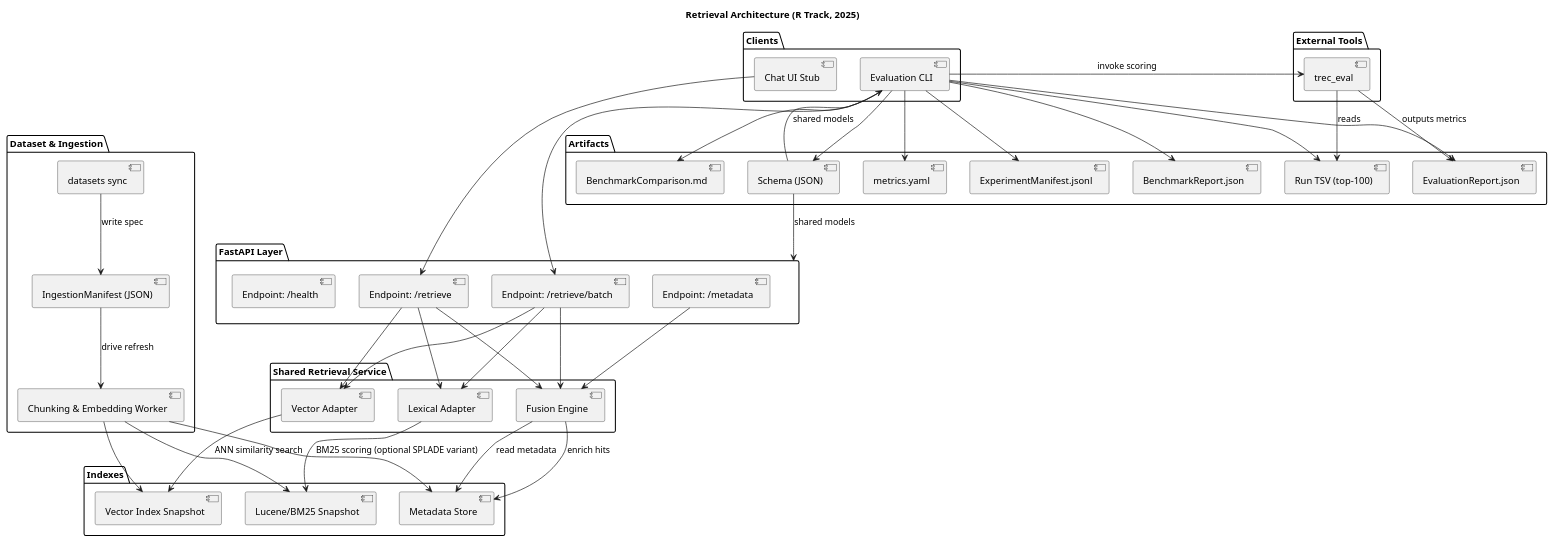
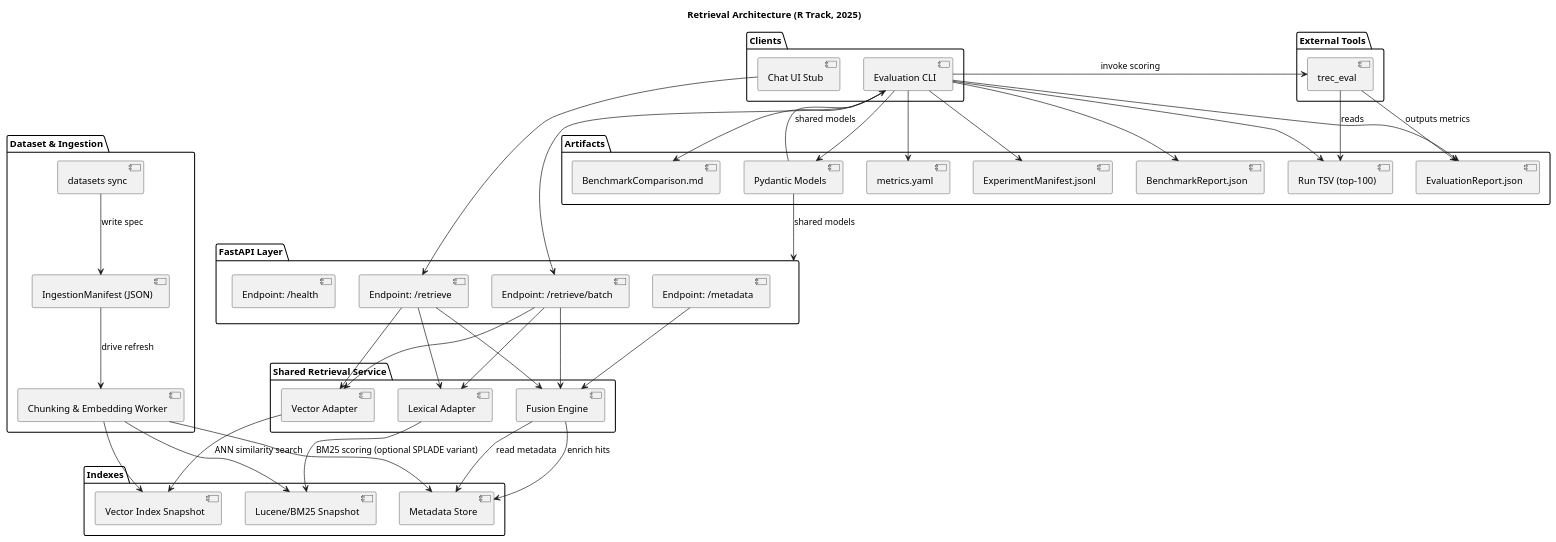
One commit to LukasStrickler/RAG-with-LLMs-TREC-2025-Information-Retrieval changed the diagram in .docs/uml/components.puml. Above: the diagram before and after it, drawn with PlantUML. The commit also changed 1 other file, not shown here.

Commit message:
feat(architecture): Remove schema directory and enhance Pydantic model documentation
Consolidate data type definitions in shared/ directory and improve
documentation of Pydantic models. Highlight runtime validation,
OpenAPI schema generation, type safety, and serialization benefits.
Update component diagrams to reflect model terminology changes.

```diff
--- a/.docs/uml/components.puml
+++ b/.docs/uml/components.puml
@@ -1,86 +1,86 @@
 @startuml
 title Retrieval Architecture (R Track, 2025)
 
 package "Dataset & Ingestion" {
   [datasets sync]
   [Chunking & Embedding Worker]
   [IngestionManifest (JSON)]
 }
 
 package "Indexes" {
   [Lucene/BM25 Snapshot]
   [Vector Index Snapshot]
   [Metadata Store]
 }
 
 package "Shared Retrieval Service" {
   [Fusion Engine]
   [Lexical Adapter]
   [Vector Adapter]
 }
 
 package "FastAPI Layer" {
   [Endpoint: /metadata]
   [Endpoint: /retrieve]
   [Endpoint: /retrieve/batch]
   [Endpoint: /health]
 }
 
 package "External Tools" {
   [trec_eval]
 }
 
 package "Clients" {
   [Evaluation CLI]
   [Chat UI Stub]
 }
 
 package "Artifacts" {
   [Run TSV (top-100)]
   [EvaluationReport.json]
   [ExperimentManifest.jsonl]
   [BenchmarkReport.json]
   [BenchmarkComparison.md]
   [metrics.yaml]
-  [Schema (JSON)]
+  [Pydantic Models]
 }
 
 [datasets sync] --> [IngestionManifest (JSON)] : write spec
 [Chunking & Embedding Worker] --> [Lucene/BM25 Snapshot]
 [Chunking & Embedding Worker] --> [Vector Index Snapshot]
 [Chunking & Embedding Worker] --> [Metadata Store]
 [IngestionManifest (JSON)] --> [Chunking & Embedding Worker] : drive refresh
 
 [Endpoint: /retrieve] --> [Lexical Adapter]
 [Endpoint: /retrieve] --> [Vector Adapter]
 [Endpoint: /retrieve/batch] --> [Lexical Adapter]
 [Endpoint: /retrieve/batch] --> [Vector Adapter]
 [Endpoint: /retrieve] --> [Fusion Engine]
 [Endpoint: /retrieve/batch] --> [Fusion Engine]
 [Endpoint: /metadata] --> [Fusion Engine]
 
 [Lexical Adapter] --> [Lucene/BM25 Snapshot] : BM25 scoring (optional SPLADE variant)
 [Vector Adapter] --> [Vector Index Snapshot] : ANN similarity search
 [Fusion Engine] --> [Metadata Store] : enrich hits
 [Fusion Engine] --> [Metadata Store] : read metadata
 
 
 [Evaluation CLI] --> [Endpoint: /retrieve/batch]
 [Chat UI Stub] --> [Endpoint: /retrieve]
 
 [Evaluation CLI] --> [trec_eval] : invoke scoring
 [trec_eval] --> [Run TSV (top-100)] : reads
 [trec_eval] --> [EvaluationReport.json] : outputs metrics
 
 [Evaluation CLI] --> [Run TSV (top-100)]
 [Evaluation CLI] --> [EvaluationReport.json]
 [Evaluation CLI] --> [ExperimentManifest.jsonl]
 [Evaluation CLI] --> [metrics.yaml]
-[Evaluation CLI] --> [Schema (JSON)]
+[Evaluation CLI] --> [Pydantic Models]
 [Evaluation CLI] --> [BenchmarkReport.json]
 [Evaluation CLI] --> [BenchmarkComparison.md]
 
-[Schema (JSON)] --> [FastAPI Layer] : shared models
-[Schema (JSON)] --> [Evaluation CLI] : shared models
+[Pydantic Models] --> [FastAPI Layer] : shared models
+[Pydantic Models] --> [Evaluation CLI] : shared models
 
 @enduml
```
